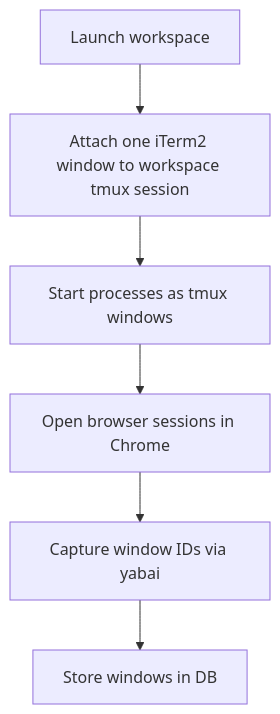
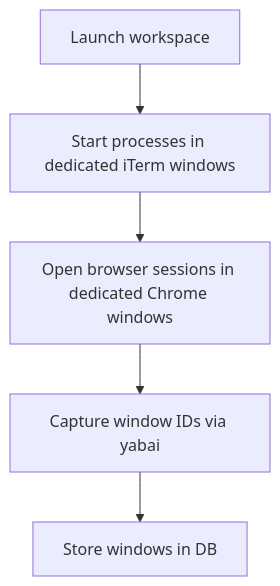
One commit to yogesh-dhande/spaces changed the fourth of 5 diagrams in apps/macos/docs/architecture.md. Above: the diagram before and after it, drawn with Mermaid. The commit also changed other lines of this file and 17 other files, not shown here.

Commit message:
Simplify window focus to dedicated tracked windows

````diff
--- a/apps/macos/docs/architecture.md
+++ b/apps/macos/docs/architecture.md
@@ -396,8 +399,7 @@
 ```mermaid
 flowchart TD
-  launch["Launch workspace"] --> attach["Attach one iTerm2 window to workspace tmux session"]
-  attach --> processes["Start processes as tmux windows"]
-  processes --> browser["Open browser sessions in Chrome"]
+  launch["Launch workspace"] --> processes["Start processes in dedicated iTerm windows"]
+  processes --> browser["Open browser sessions in dedicated Chrome windows"]
   browser --> capture["Capture window IDs via yabai"]
   capture --> store["Store windows in DB"]
 ```
````
